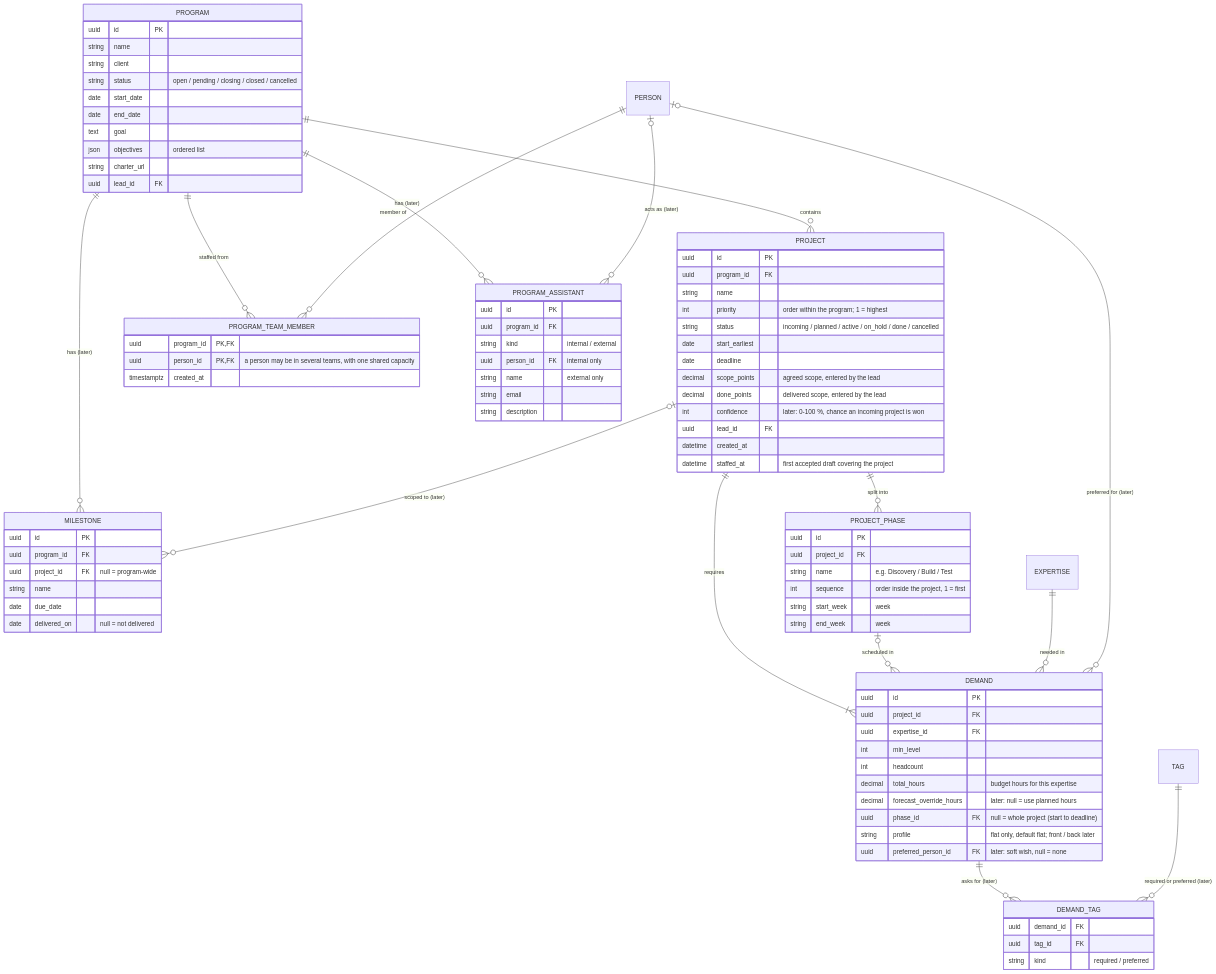
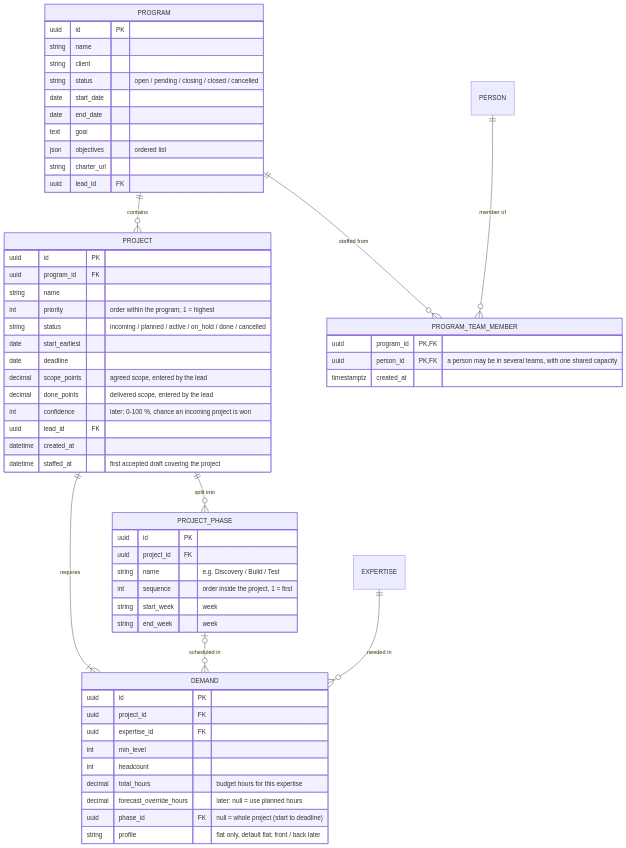
Before and after one commit to dophnamm/the-slot-finder: the sixth of 14 diagrams in README.md, drawn with Mermaid. The commit also changed other lines of this file and 13 other files, not shown here.

````diff
--- a/README.md
+++ b/README.md
@@ -328,19 +293,12 @@
 ```mermaid
 erDiagram
   PROGRAM ||--o{ PROJECT : contains
-  PROGRAM ||--o{ MILESTONE : "has (later)"
-  PROJECT |o--o{ MILESTONE : "scoped to (later)"
   PROGRAM ||--o{ PROGRAM_TEAM_MEMBER : "staffed from"
   PERSON ||--o{ PROGRAM_TEAM_MEMBER : "member of"
-  PROGRAM ||--o{ PROGRAM_ASSISTANT : "has (later)"
-  PERSON |o--o{ PROGRAM_ASSISTANT : "acts as (later)"
   PROJECT ||--o{ PROJECT_PHASE : "split into"
   PROJECT ||--|{ DEMAND : requires
   PROJECT_PHASE |o--o{ DEMAND : "scheduled in"
   EXPERTISE ||--o{ DEMAND : "needed in"
-  PERSON |o--o{ DEMAND : "preferred for (later)"
-  DEMAND ||--o{ DEMAND_TAG : "asks for (later)"
-  TAG ||--o{ DEMAND_TAG : "required or preferred (later)"
 
   PROGRAM {
     uuid id PK
@@ -358,23 +316,6 @@
     uuid program_id PK, FK
     uuid person_id PK, FK "a person may be in several teams, with one shared capacity"
     timestamptz created_at
-  }
-  PROGRAM_ASSISTANT {
-    uuid id PK
-    uuid program_id FK
-    string kind "internal / external"
-    uuid person_id FK "internal only"
-    string name "external only"
-    string email
-    string description
-  }
-  MILESTONE {
-    uuid id PK
-    uuid program_id FK
-    uuid project_id FK "null = program-wide"
-    string name
-    date due_date
-    date delivered_on "null = not delivered"
   }
   PROJECT {
     uuid id PK
@@ -409,11 +350,5 @@
     decimal forecast_override_hours "later: null = use planned hours"
     uuid phase_id FK "null = whole project (start to deadline)"
     string profile "flat only, default flat; front / back later"
-    uuid preferred_person_id FK "later: soft wish, null = none"
-  }
-  DEMAND_TAG {
-    uuid demand_id FK
-    uuid tag_id FK
-    string kind "required / preferred"
   }
 ```
````
